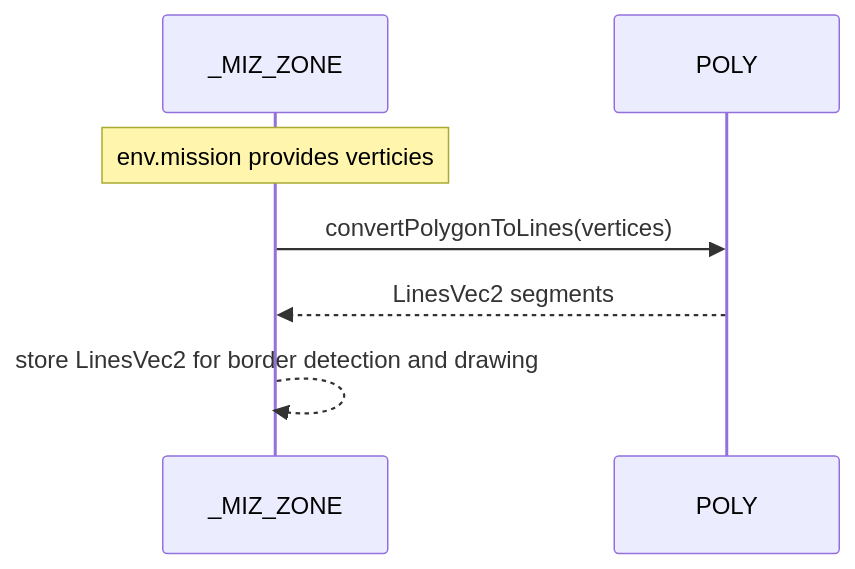
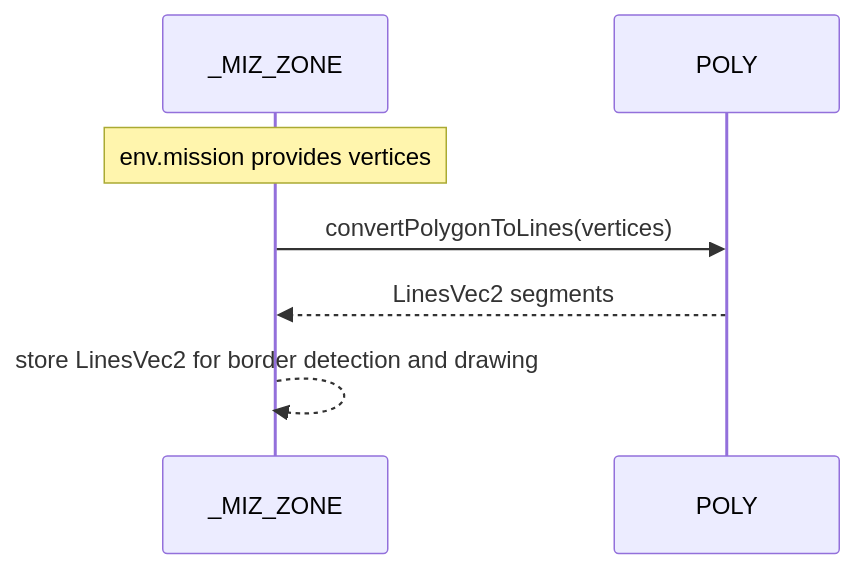
The second of 3 diagrams in docs/types/borders_and_zones.md (Gh0st352/AETHR), drawn with Mermaid before and after one commit. The commit also changed other lines of this file and 8 other files, not shown here.

First line of the commit message:
docs(types, mermaid): normalize headings, restructure Mermaid diagrams, and standardize classes

````diff
--- a/docs/types/borders_and_zones.md
+++ b/docs/types/borders_and_zones.md
@@ -32,9 +58,10 @@
 ```mermaid
+%% shared theme: docs/_mermaid/theme.json %%
 sequenceDiagram
   participant M as _MIZ_ZONE
   participant P as POLY
-  Note over M: env.mission provides verticies
+  Note over M: env.mission provides vertices
   M->>P: convertPolygonToLines(vertices)
   P-->>M: LinesVec2 segments
   M-->>M: store LinesVec2 for border detection and drawing
 ```
````
